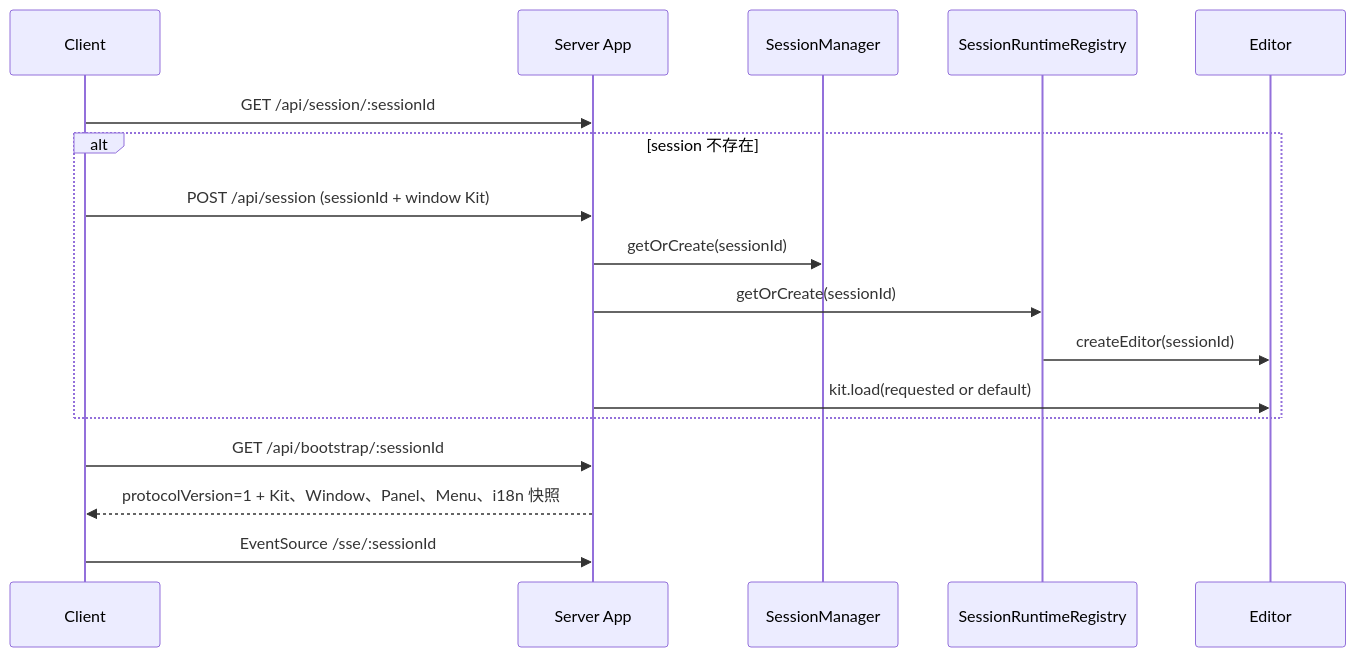
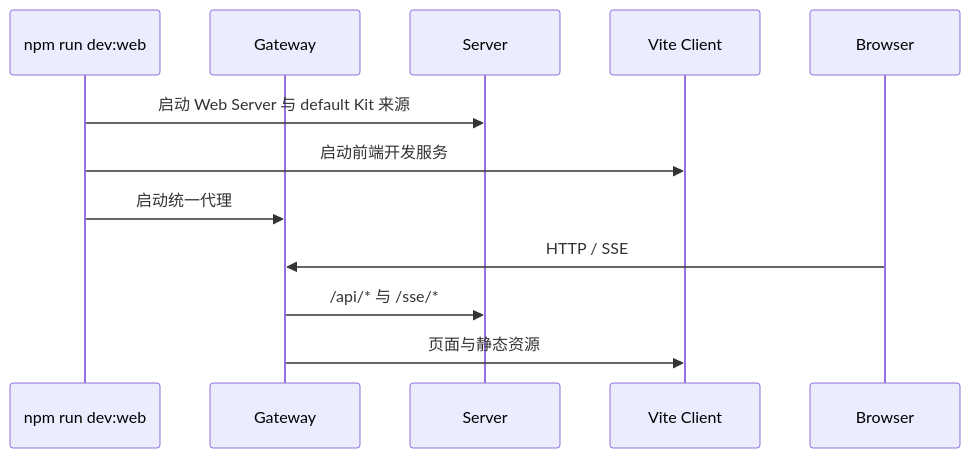
One commit to itharbors/harbors changed the diagram in docs/architecture/runtime-flows.md. Above: the diagram before and after it, drawn with Mermaid. The commit also changed other lines of this file and 650 other files, not shown here.

````diff
--- a/docs/architecture/runtime-flows.md
+++ b/docs/architecture/runtime-flows.md
@@ -132,19 +5,14 @@
 ```mermaid
 sequenceDiagram
-    participant C as Client
-    participant A as Server App
-    participant M as SessionManager
-    participant R as SessionRuntimeRegistry
-    participant E as Editor
-    C->>A: GET /api/session/:sessionId
-    alt session 不存在
-        C->>A: POST /api/session (sessionId + window Kit)
-        A->>M: getOrCreate(sessionId)
-        A->>R: getOrCreate(sessionId)
-        R->>E: createEditor(sessionId)
-        A->>E: kit.load(requested or default)
-    end
-    C->>A: GET /api/bootstrap/:sessionId
-    A-->>C: protocolVersion=1 + Kit、Window、Panel、Menu、i18n 快照
-    C->>A: EventSource /sse/:sessionId
+    participant CLI as npm run dev:web
+    participant G as Gateway
+    participant S as Server
+    participant C as Vite Client
+    participant B as Browser
+    CLI->>S: 启动 Web Server 与 default Kit 来源
+    CLI->>C: 启动前端开发服务
+    CLI->>G: 启动统一代理
+    B->>G: HTTP / SSE
+    G->>S: /api/* 与 /sse/*
+    G->>C: 页面与静态资源
 ```
````
